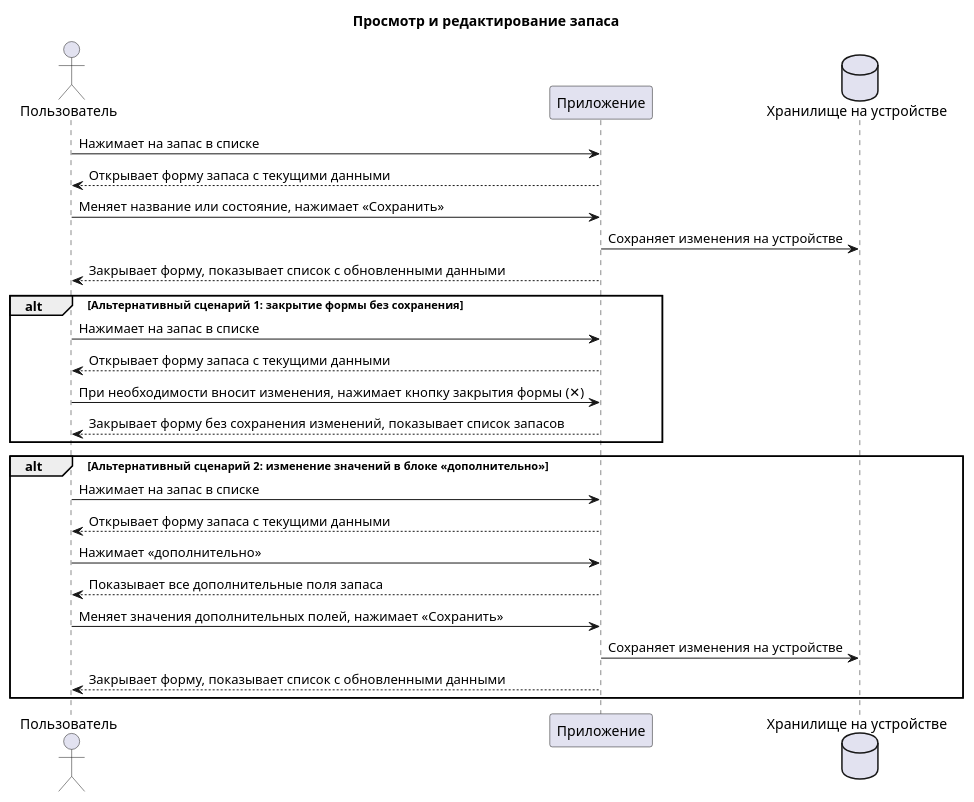
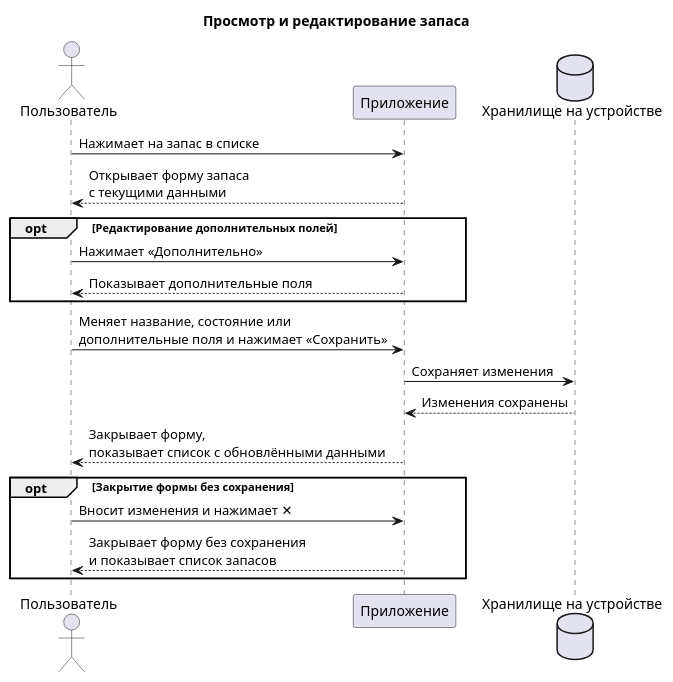
One commit to alenaChernyka/tech-writing-portfolio changed the diagram in polka-app-docs/plantuml/edit-stock.puml. Above: the diagram before and after it, drawn with PlantUML. The commit also changed 6 other files, not shown here.

Commit message:
docs(polka): improve diagrams

```diff
--- a/polka-app-docs/plantuml/edit-stock.puml
+++ b/polka-app-docs/plantuml/edit-stock.puml
@@ -1,30 +1,28 @@
 @startuml
+
 title Просмотр и редактирование запаса
 
 actor Пользователь as user
 participant Приложение as client
 database "Хранилище на устройстве" as storage
 
 user -> client: Нажимает на запас в списке
-user <-- client: Открывает форму запаса с текущими данными
-user -> client: Меняет название или состояние, нажимает «Сохранить»
-client -> storage: Сохраняет изменения на устройстве
-user <-- client: Закрывает форму, показывает список с обновленными данными
+client --> user: Открывает форму запаса\nс текущими данными
 
-alt Альтернативный сценарий 1: закрытие формы без сохранения
-user -> client: Нажимает на запас в списке
-user <-- client: Открывает форму запаса с текущими данными
-user -> client: При необходимости вносит изменения, нажимает кнопку закрытия формы (✕)
-user <-- client: Закрывает форму без сохранения изменений, показывает список запасов
-end alt
+opt Редактирование дополнительных полей
+    user -> client: Нажимает «Дополнительно»
+    client --> user: Показывает дополнительные поля
+end
 
-alt Альтернативный сценарий 2: изменение значений в блоке «дополнительно»
-user -> client: Нажимает на запас в списке
-user <-- client: Открывает форму запаса с текущими данными
-user -> client: Нажимает «дополнительно»
-user <-- client: Показывает все дополнительные поля запаса
-user -> client: Меняет значения дополнительных полей, нажимает «Сохранить»
-client -> storage: Сохраняет изменения на устройстве
-user <-- client: Закрывает форму, показывает список с обновленными данными
-end alt
+user -> client: Меняет название, состояние или\nдополнительные поля и нажимает «Сохранить»
+
+client -> storage: Сохраняет изменения
+storage --> client: Изменения сохранены
+client --> user: Закрывает форму,\nпоказывает список с обновлёнными данными
+
+opt Закрытие формы без сохранения
+    user -> client: Вносит изменения и нажимает ✕
+    client --> user: Закрывает форму без сохранения\nи показывает список запасов
+end
+
 @enduml
```
